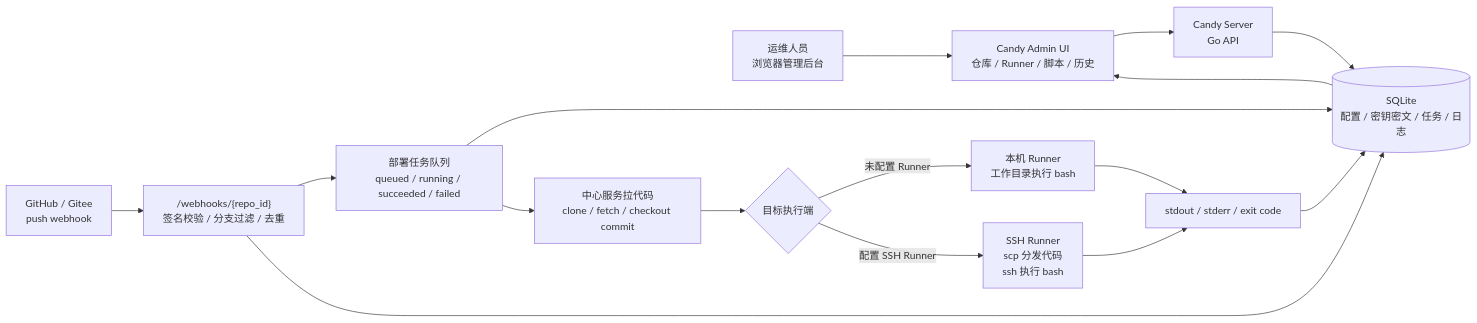
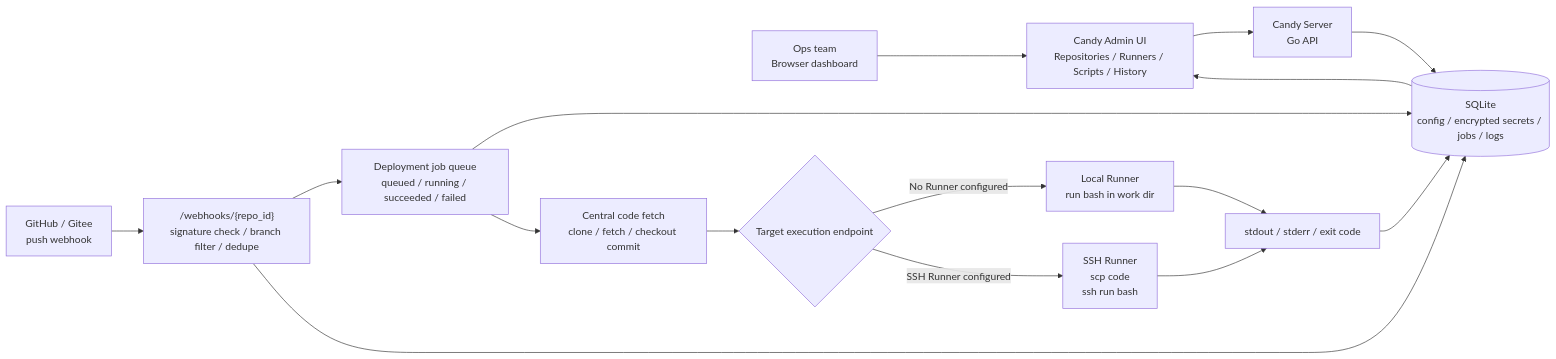
The diagram in README.md (chenjihu/Candy), drawn with Mermaid before and after one commit. The commit also changed other lines of this file and 7 other files, not shown here.

````diff
--- a/README.md
+++ b/README.md
@@ -21,21 +23,21 @@
 ```mermaid
 flowchart LR
-    admin["运维人员<br/>浏览器管理后台"] --> ui["Candy Admin UI<br/>仓库 / Runner / 脚本 / 历史"]
+    admin["Ops team<br/>Browser dashboard"] --> ui["Candy Admin UI<br/>Repositories / Runners / Scripts / History"]
     ui --> api["Candy Server<br/>Go API"]
 
-    github["GitHub / Gitee<br/>push webhook"] --> webhook["/webhooks/{repo_id}<br/>签名校验 / 分支过滤 / 去重"]
-    webhook --> queue["部署任务队列<br/>queued / running / succeeded / failed"]
-    api --> db[("SQLite<br/>配置 / 密钥密文 / 任务 / 日志")]
+    github["GitHub / Gitee<br/>push webhook"] --> webhook["/webhooks/{repo_id}<br/>signature check / branch filter / dedupe"]
+    webhook --> queue["Deployment job queue<br/>queued / running / succeeded / failed"]
+    api --> db[("SQLite<br/>config / encrypted secrets / jobs / logs")]
     webhook --> db
     queue --> db
 
-    queue --> git["中心服务拉代码<br/>clone / fetch / checkout commit"]
-    git --> local{"目标执行端"}
-    local -->|未配置 Runner| localRunner["本机 Runner<br/>工作目录执行 bash"]
-    local -->|配置 SSH Runner| sshRunner["SSH Runner<br/>scp 分发代码<br/>ssh 执行 bash"]
+    queue --> git["Central code fetch<br/>clone / fetch / checkout commit"]
+    git --> local{"Target execution endpoint"}
+    local -->|No Runner configured| localRunner["Local Runner<br/>run bash in work dir"]
+    local -->|SSH Runner configured| sshRunner["SSH Runner<br/>scp code<br/>ssh run bash"]
 
     localRunner --> result["stdout / stderr / exit code"]
     sshRunner --> result
     result --> db
     db --> ui
 ```
````
